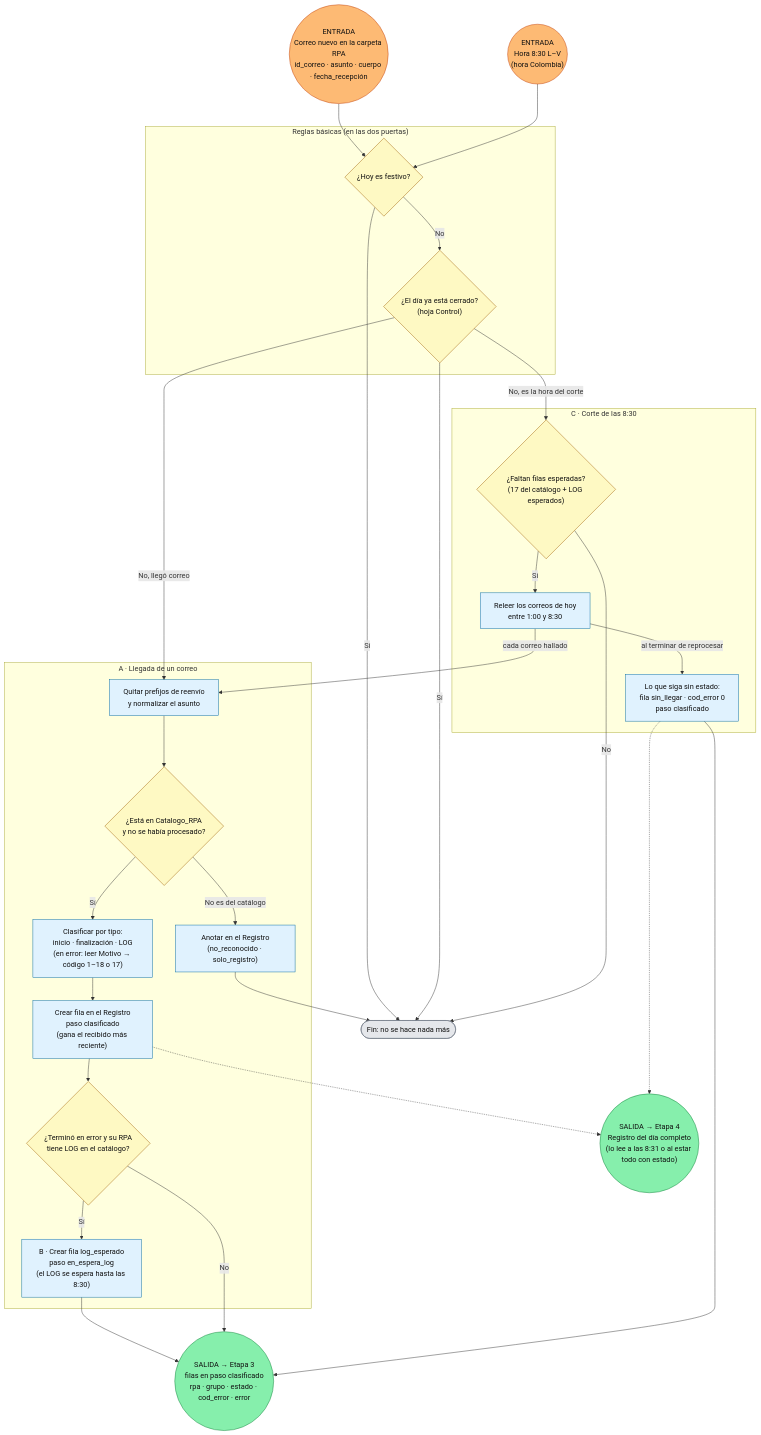
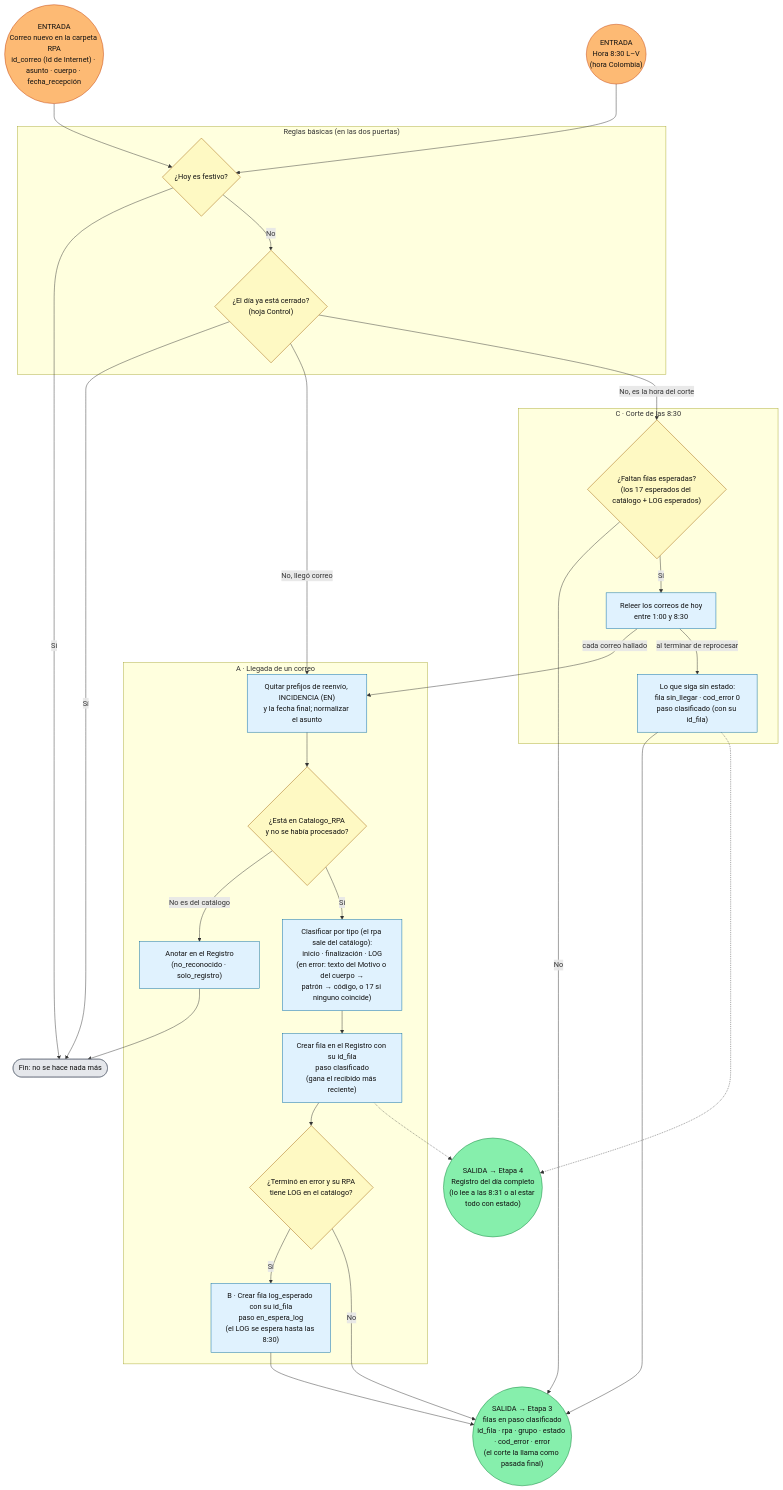
One commit to juanromerov/champions-rpa-mx changed the diagram in etapa2-lectura-correos/flujo2-etapa2-general.md. Above: the diagram before and after it, drawn with Mermaid. The commit also changed other lines of this file and 5 other files, not shown here.

````diff
--- a/etapa2-lectura-correos/flujo2-etapa2-general.md
+++ b/etapa2-lectura-correos/flujo2-etapa2-general.md
@@ -6,57 +6,57 @@
 ```mermaid
 flowchart TD
     classDef entrada fill:#fdba74,stroke:#c2410c,color:#111
     classDef salida fill:#86efac,stroke:#15803d,color:#111
     classDef paso fill:#e0f2fe,stroke:#0369a1,color:#111
     classDef decision fill:#fef9c3,stroke:#a16207,color:#111
     classDef gris fill:#e5e7eb,stroke:#6b7280,color:#111
 
-    INA(("ENTRADA<br/>Correo nuevo en la carpeta RPA<br/>id_correo · asunto · cuerpo · fecha_recepción")):::entrada
+    INA(("ENTRADA<br/>Correo nuevo en la carpeta RPA<br/>id_correo (Id de Internet) · asunto · cuerpo · fecha_recepción")):::entrada
     INC(("ENTRADA<br/>Hora 8:30 L–V<br/>(hora Colombia)")):::entrada
 
     subgraph GUARDAS["Reglas básicas (en las dos puertas)"]
         FEST{"¿Hoy es festivo?"}:::decision
         CIERRE{"¿El día ya está cerrado?<br/>(hoja Control)"}:::decision
     end
     FIN(["Fin: no se hace nada más"]):::gris
 
     subgraph CORREO["A · Llegada de un correo"]
-        NORM["Quitar prefijos de reenvío<br/>y normalizar el asunto"]:::paso
+        NORM["Quitar prefijos de reenvío, INCIDENCIA (EN)<br/>y la fecha final; normalizar el asunto"]:::paso
         CAT{"¿Está en Catalogo_RPA<br/>y no se había procesado?"}:::decision
         NOREC["Anotar en el Registro<br/>(no_reconocido · solo_registro)"]:::paso
-        CLAS["Clasificar por tipo:<br/>inicio · finalización · LOG<br/>(en error: leer Motivo → código 1–18 o 17)"]:::paso
-        FILA["Crear fila en el Registro<br/>paso clasificado<br/>(gana el recibido más reciente)"]:::paso
+        CLAS["Clasificar por tipo (el rpa sale del catálogo):<br/>inicio · finalización · LOG<br/>(en error: texto del Motivo o del cuerpo →<br/>patrón → código, o 17 si ninguno coincide)"]:::paso
+        FILA["Crear fila en el Registro con su id_fila<br/>paso clasificado<br/>(gana el recibido más reciente)"]:::paso
         LOGQ{"¿Terminó en error y su RPA<br/>tiene LOG en el catálogo?"}:::decision
-        ESP["B · Crear fila log_esperado<br/>paso en_espera_log<br/>(el LOG se espera hasta las 8:30)"]:::paso
+        ESP["B · Crear fila log_esperado con su id_fila<br/>paso en_espera_log<br/>(el LOG se espera hasta las 8:30)"]:::paso
     end
 
     subgraph CORTE["C · Corte de las 8:30"]
-        PEND{"¿Faltan filas esperadas?<br/>(17 del catálogo + LOG esperados)"}:::decision
+        PEND{"¿Faltan filas esperadas?<br/>(los 17 esperados del catálogo + LOG esperados)"}:::decision
         RELEER["Releer los correos de hoy<br/>entre 1:00 y 8:30"]:::paso
-        SINLL["Lo que siga sin estado:<br/>fila sin_llegar · cod_error 0<br/>paso clasificado"]:::paso
+        SINLL["Lo que siga sin estado:<br/>fila sin_llegar · cod_error 0<br/>paso clasificado (con su id_fila)"]:::paso
     end
 
-    OUT3(("SALIDA → Etapa 3<br/>filas en paso clasificado<br/>rpa · grupo · estado · cod_error · error")):::salida
+    OUT3(("SALIDA → Etapa 3<br/>filas en paso clasificado<br/>id_fila · rpa · grupo · estado · cod_error · error<br/>(el corte la llama como pasada final)")):::salida
     OUT4(("SALIDA → Etapa 4<br/>Registro del día completo<br/>(lo lee a las 8:31 o al estar todo con estado)")):::salida
 
     INA --> FEST
     INC --> FEST
     FEST -- Sí --> FIN
     FEST -- No --> CIERRE
     CIERRE -- Sí --> FIN
 
     CIERRE -- No, llegó correo --> NORM --> CAT
     CAT -- No es del catálogo --> NOREC --> FIN
     CAT -- Sí --> CLAS --> FILA --> LOGQ
     LOGQ -- Sí --> ESP --> OUT3
     LOGQ -- No --> OUT3
 
     CIERRE -- No, es la hora del corte --> PEND
-    PEND -- No --> FIN
+    PEND -- No --> OUT3
     PEND -- Sí --> RELEER
     RELEER -- "cada correo hallado" --> NORM
     RELEER -- "al terminar de reprocesar" --> SINLL --> OUT3
 
     FILA -.-> OUT4
     SINLL -.-> OUT4
 ```
````
